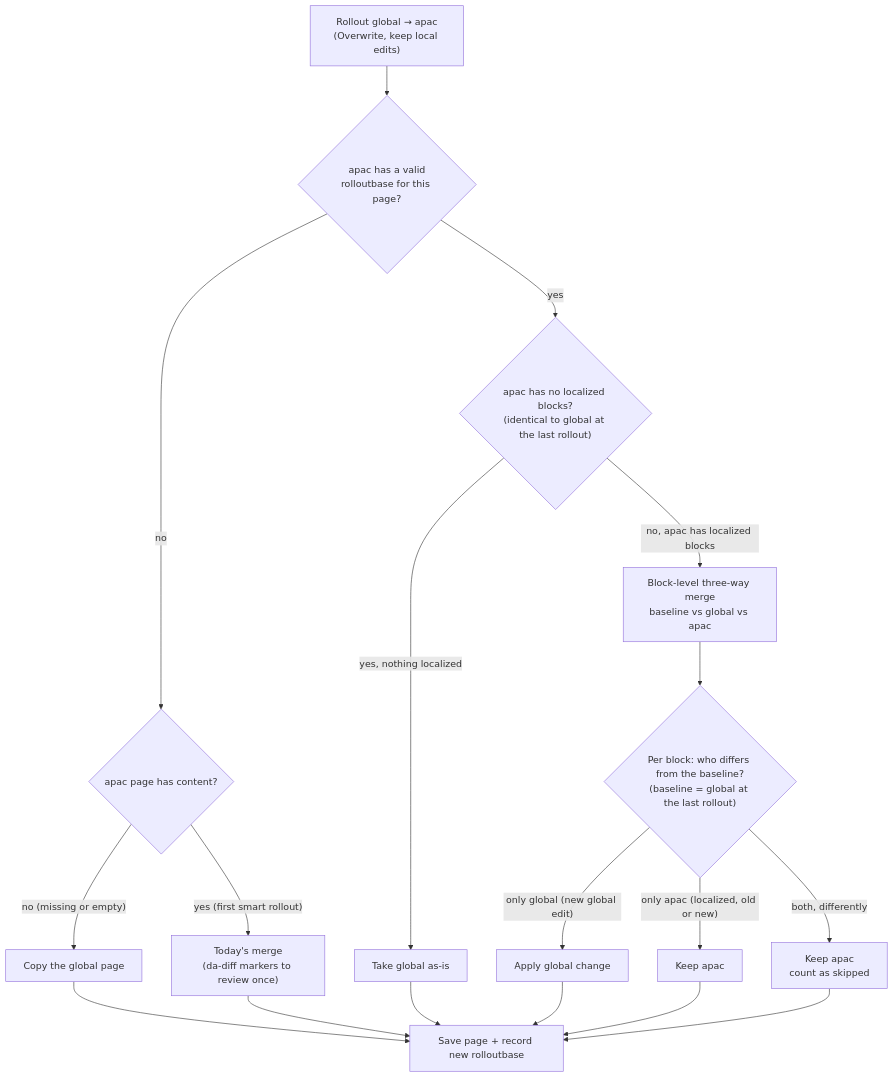
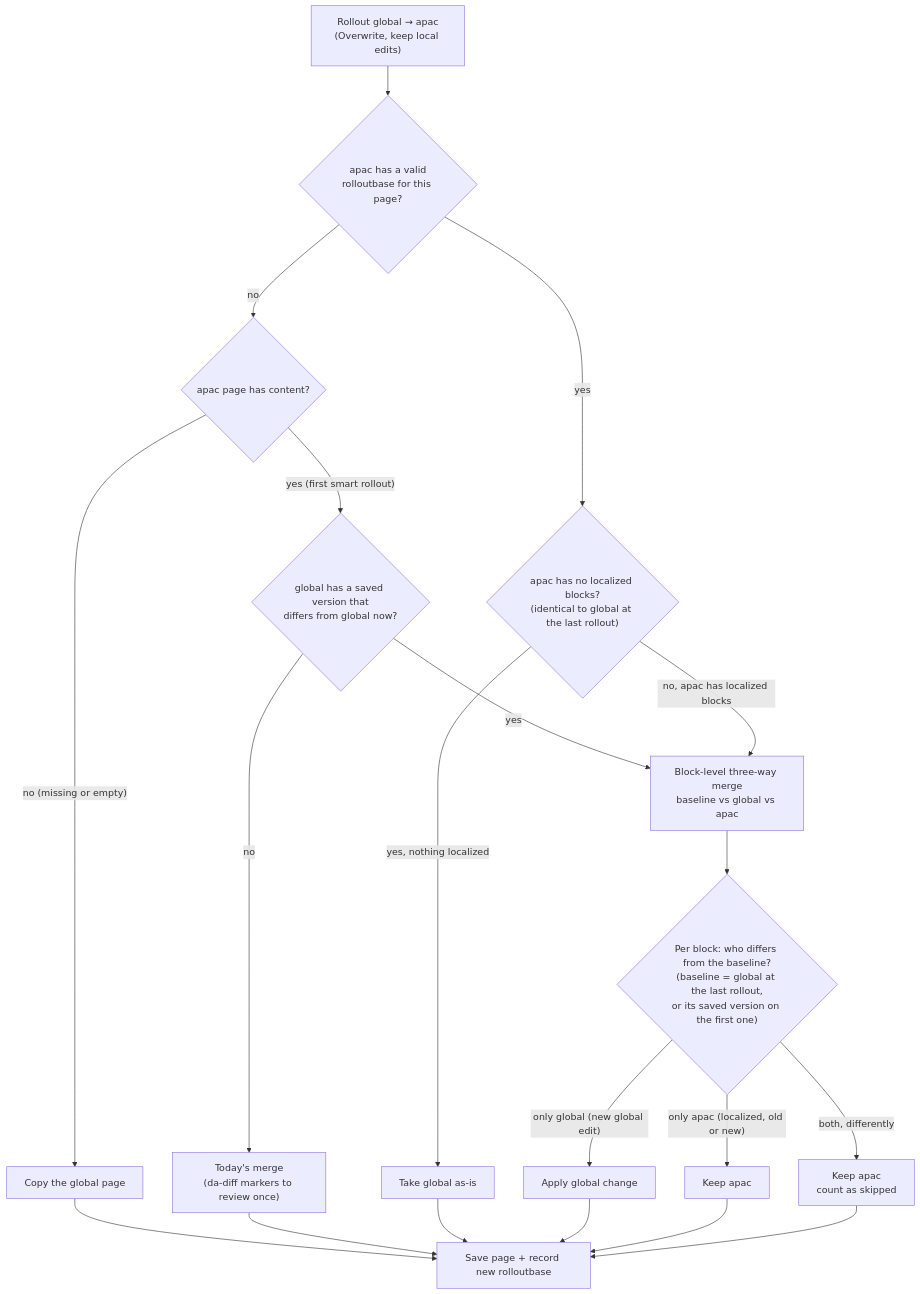
One commit to adobe/da-nx changed the diagram in docs/rollout-smart-overwrite.md. Above: the diagram before and after it, drawn with Mermaid. The commit also changed other lines of this file and 8 other files, not shown here.

First line of the commit message:
feat(loc): seed first smart rollout from the parent's latest saved version

````diff
--- a/docs/rollout-smart-overwrite.md
+++ b/docs/rollout-smart-overwrite.md
@@ -21,20 +21,22 @@
 ```mermaid
 flowchart TD
   start["Rollout global → apac<br/>(Overwrite, keep local edits)"] --> base{"apac has a valid<br/>rolloutbase for this page?"}
   base -- "no" --> exists{"apac page has content?"}
   exists -- "no (missing or empty)" --> copy["Copy the global page"]
-  exists -- "yes (first smart rollout)" --> merge["Today's merge<br/>(da-diff markers to review once)"]
+  exists -- "yes (first smart rollout)" --> parent{"global has a saved version that<br/>differs from global now?"}
+  parent -- "yes" --> diff3
+  parent -- "no" --> merge["Today's merge<br/>(da-diff markers to review once)"]
   base -- "yes" --> unchanged{"apac has no localized blocks?<br/>(identical to global at the last rollout)"}
   unchanged -- "yes, nothing localized" --> take["Take global as-is"]
   unchanged -- "no, apac has localized blocks" --> diff3["Block-level three-way merge<br/>baseline vs global vs apac"]
-  diff3 --> who{"Per block: who differs from the baseline?<br/>(baseline = global at the last rollout)"}
+  diff3 --> who{"Per block: who differs from the baseline?<br/>(baseline = global at the last rollout,<br/>or its saved version on the first one)"}
   who -- "only global (new global edit)" --> apply["Apply global change"]
   who -- "only apac (localized, old or new)" --> keep["Keep apac"]
   who -- "both, differently" --> skip["Keep apac<br/>count as skipped"]
   copy --> save["Save page + record new rolloutbase"]
   merge --> save
   take --> save
   apply --> save
   keep --> save
   skip --> save
 ```
````
